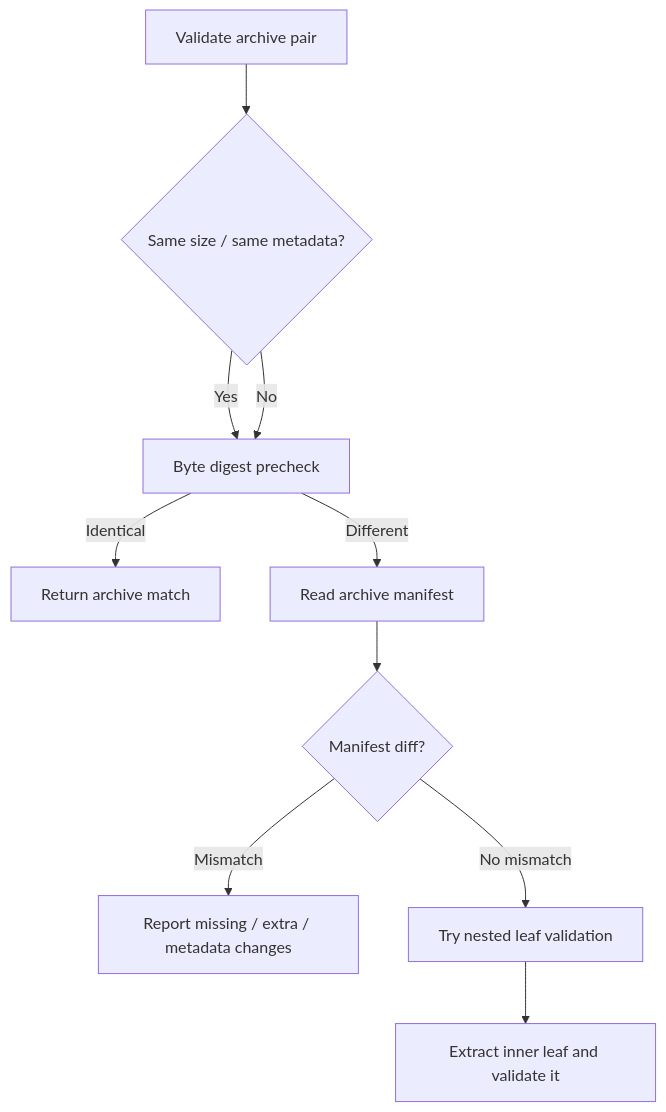
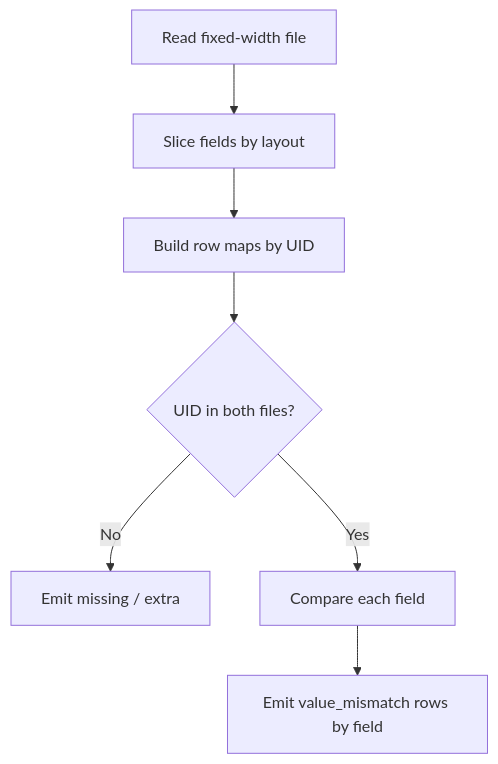
The fifth of 6 diagrams in docs/VALIDATION_IMPLEMENTATION_GUIDE.md (AnshRaj112/Pegasus), drawn with Mermaid before and after one commit. The commit also changed other lines of this file, not shown here.

````diff
--- a/docs/VALIDATION_IMPLEMENTATION_GUIDE.md
+++ b/docs/VALIDATION_IMPLEMENTATION_GUIDE.md
@@ -389,12 +548,9 @@
 ```mermaid
 flowchart TD
-    A[Validate archive pair] --> B{Same size / same metadata?}
-    B -->|Yes| C[Byte digest precheck]
-    B -->|No| C
-    C -->|Identical| D[Return archive match]
-    C -->|Different| E[Read archive manifest]
-    E --> F{Manifest diff?}
-    F -->|Mismatch| G[Report missing / extra / metadata changes]
-    F -->|No mismatch| H[Try nested leaf validation]
-    H --> I[Extract inner leaf and validate it]
+    A[Read fixed-width file] --> B[Slice fields by layout]
+    B --> C[Build row maps by UID]
+    C --> D{UID in both files?}
+    D -->|No| E[Emit missing / extra]
+    D -->|Yes| F[Compare each field]
+    F --> G[Emit value_mismatch rows by field]
 ```
````
